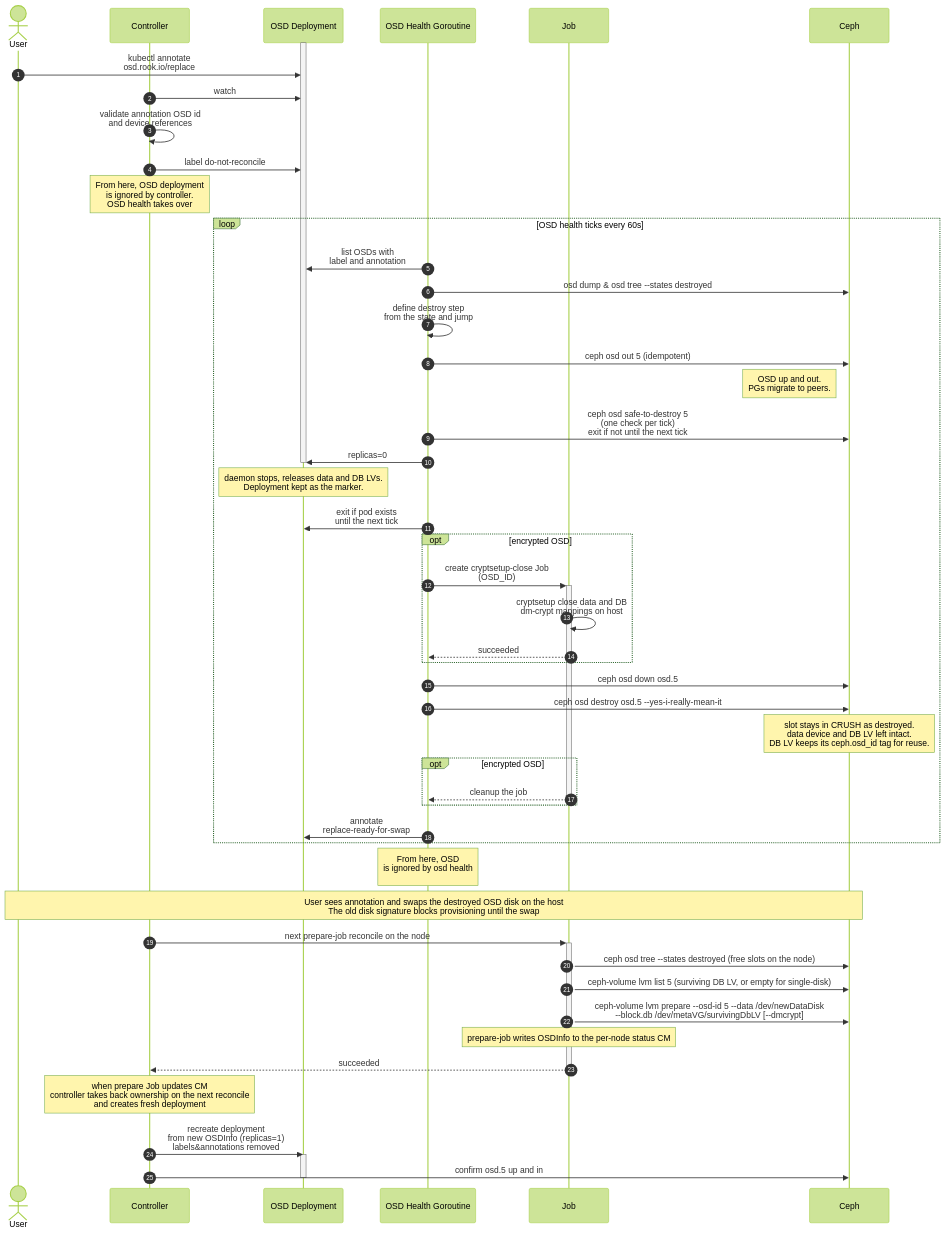
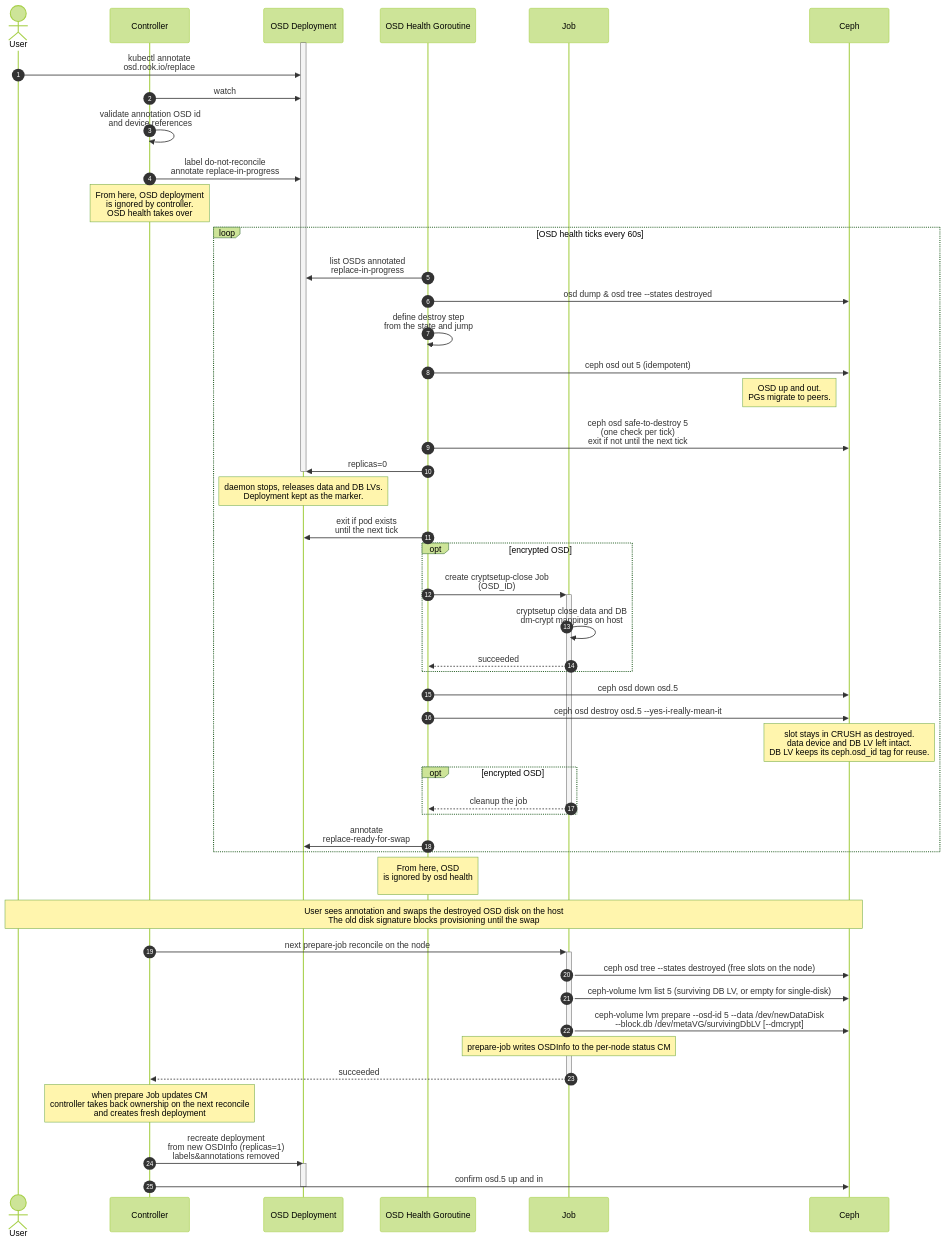
Before and after one commit to 365614269/CNCF-Graduated: the diagram in modules/rook/design/ceph/osd-replacement.md, drawn with Mermaid (forest theme). The commit also changed other lines of this file and 206 other files, not shown here.

````diff
--- a/modules/rook/design/ceph/osd-replacement.md
+++ b/modules/rook/design/ceph/osd-replacement.md
@@ -84,56 +85,56 @@
 ```mermaid
 sequenceDiagram
     autonumber
     actor User
     participant Ctrl as Controller
     participant Dep as OSD Deployment
     participant G as OSD Health Goroutine
     participant J as Job
     participant Ceph as Ceph
 
     activate Dep
     User->>Dep: kubectl annotate<br/>osd.rook.io/replace
     Ctrl->>Dep: watch
     Ctrl->>Ctrl: validate annotation OSD id<br/>and device references
-    Ctrl->>Dep: label do-not-reconcile
+    Ctrl->>Dep: label do-not-reconcile<br/>annotate replace-in-progress
     note over Ctrl: From here, OSD deployment<br/>is ignored by controller.<br/>OSD health takes over
     loop OSD health ticks every 60s
-    G->>Dep: list OSDs with<br/>label and annotation
+    G->>Dep: list OSDs annotated<br/>replace-in-progress
     G->>Ceph: osd dump & osd tree --states destroyed
     G->>G: define destroy step<br/>from the state and jump
     G->>Ceph: ceph osd out 5 (idempotent)
     Note left of Ceph: OSD up and out.<br/>PGs migrate to peers.
     G->>Ceph: ceph osd safe-to-destroy 5<br/>(one check per tick)<br/>exit if not until the next tick
     G->>Dep: replicas=0
     deactivate Dep
     Note over Dep: daemon stops, releases data and DB LVs.<br/>Deployment kept as the marker.
     G->>Dep: exit if pod exists<br/>until the next tick
     opt encrypted OSD
         G->>+J: create cryptsetup-close Job<br/>(OSD_ID)
         J->>J: cryptsetup close data and DB<br/>dm-crypt mappings on host
         J-->>G: succeeded
     end
     G->>Ceph: ceph osd down osd.5
     G->>Ceph: ceph osd destroy osd.5 --yes-i-really-mean-it
     Note over Ceph: slot stays in CRUSH as destroyed.<br/>data device and DB LV left intact.<br/>DB LV keeps its ceph.osd_id tag for reuse.
     opt encrypted OSD
         J-->>-G: cleanup the job
     end
     G->>Dep: annotate<br/>replace-ready-for-swap
     end
     note over G: From here, OSD <br/>is ignored by osd health<br/>
     Note over User,Ceph: User sees annotation and swaps the destroyed OSD disk on the host<br/>The old disk signature blocks provisioning until the swap
 
     Ctrl->>+J: next prepare-job reconcile on the node
     J->>Ceph: ceph osd tree --states destroyed (free slots on the node)
     J->>Ceph: ceph-volume lvm list 5 (surviving DB LV, or empty for single-disk)
     J->>Ceph: ceph-volume lvm prepare --osd-id 5 --data /dev/newDataDisk<br/>--block.db /dev/metaVG/survivingDbLV [--dmcrypt]
     Note over J: prepare-job writes OSDInfo to the per-node status CM
     J-->>-Ctrl: succeeded
 
     note over Ctrl: when prepare Job updates CM<br/>controller takes back ownership on the next reconcile<br/> and creates fresh deployment
     Ctrl->>Dep: recreate deployment<br/>from new OSDInfo (replicas=1)<br/>labels&annotations removed
     activate Dep
     Ctrl->>Ceph: confirm osd.5 up and in
     deactivate Dep
 ```
````
